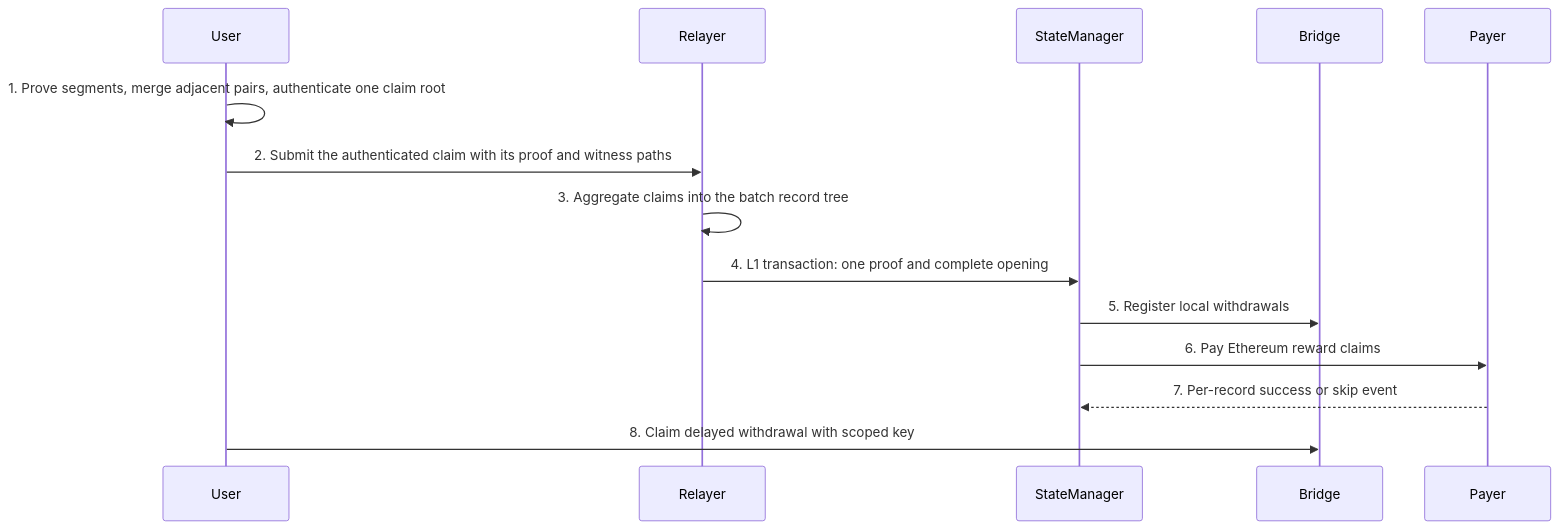
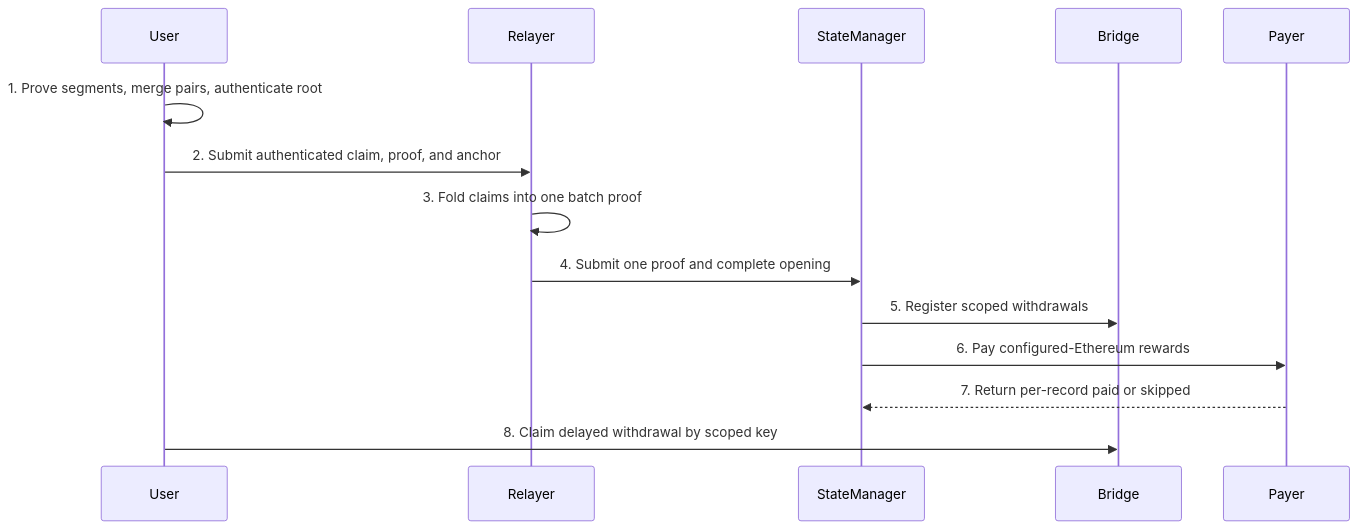
One commit to PsyProtocol/psy-node changed the diagram in docs/src/dev/bridge-design.md. Above: the diagram before and after it, drawn with Mermaid. The commit also changed other lines of this file and 1 other file, not shown here.

Commit message:
Document bridge aggregation algorithms and signing boundaries

````diff
--- a/docs/src/dev/bridge-design.md
+++ b/docs/src/dev/bridge-design.md
@@ -249,16 +269,16 @@
 ```mermaid
 sequenceDiagram
     participant User
     participant Relayer
     participant StateManager
     participant Bridge
     participant Payer
-    User->>User: 1. Prove segments, merge adjacent pairs, authenticate one claim root
-    User->>Relayer: 2. Submit the authenticated claim with its proof and witness paths
-    Relayer->>Relayer: 3. Aggregate claims into the batch record tree
-    Relayer->>StateManager: 4. L1 transaction: one proof and complete opening
-    StateManager->>Bridge: 5. Register local withdrawals
-    StateManager->>Payer: 6. Pay Ethereum reward claims
-    Payer-->>StateManager: 7. Per-record success or skip event
-    User->>Bridge: 8. Claim delayed withdrawal with scoped key
+    User->>User: 1. Prove segments, merge pairs, authenticate root
+    User->>Relayer: 2. Submit authenticated claim, proof, and anchor
+    Relayer->>Relayer: 3. Fold claims into one batch proof
+    Relayer->>StateManager: 4. Submit one proof and complete opening
+    StateManager->>Bridge: 5. Register scoped withdrawals
+    StateManager->>Payer: 6. Pay configured-Ethereum rewards
+    Payer-->>StateManager: 7. Return per-record paid or skipped
+    User->>Bridge: 8. Claim delayed withdrawal by scoped key
 ```
````
